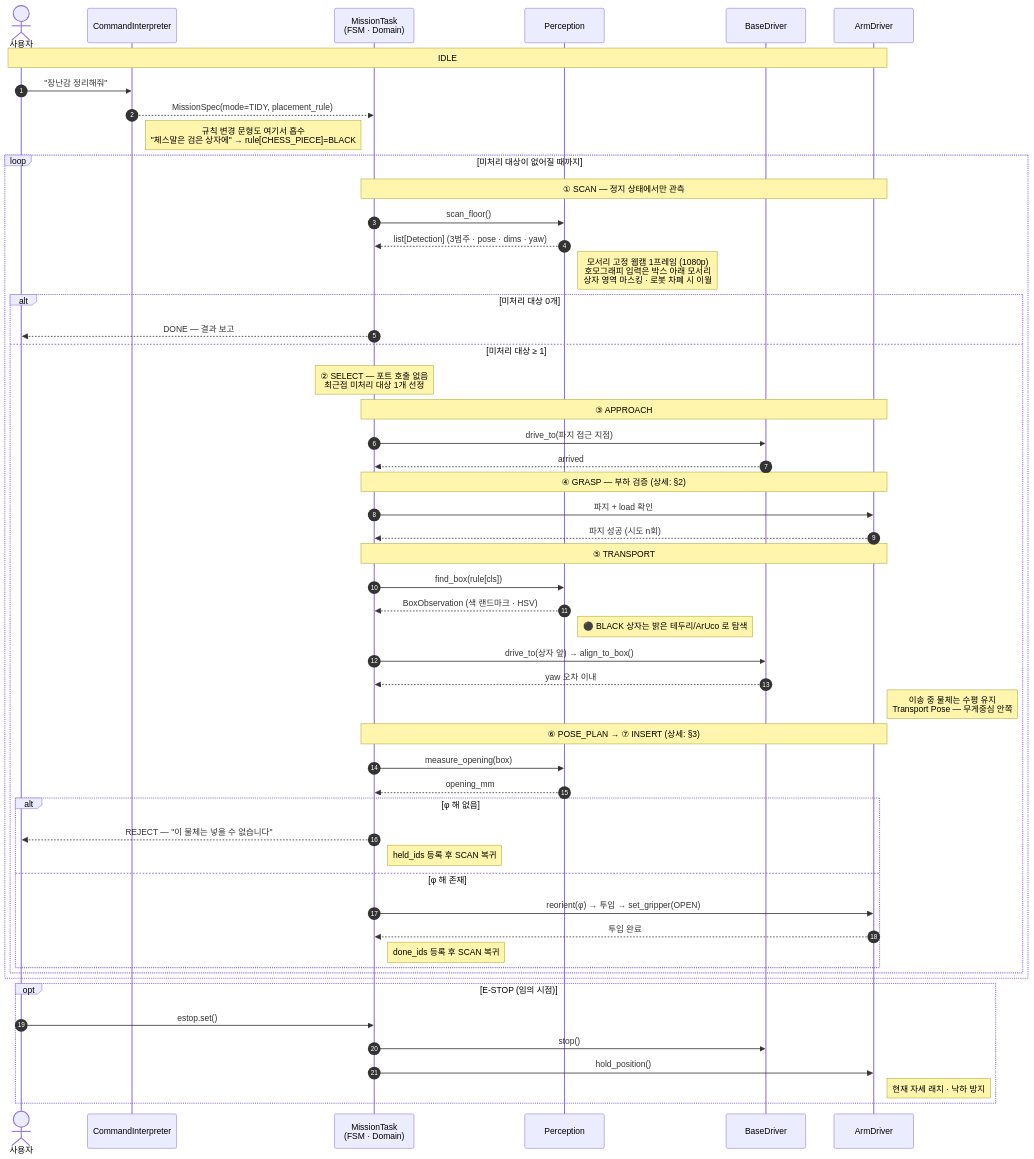
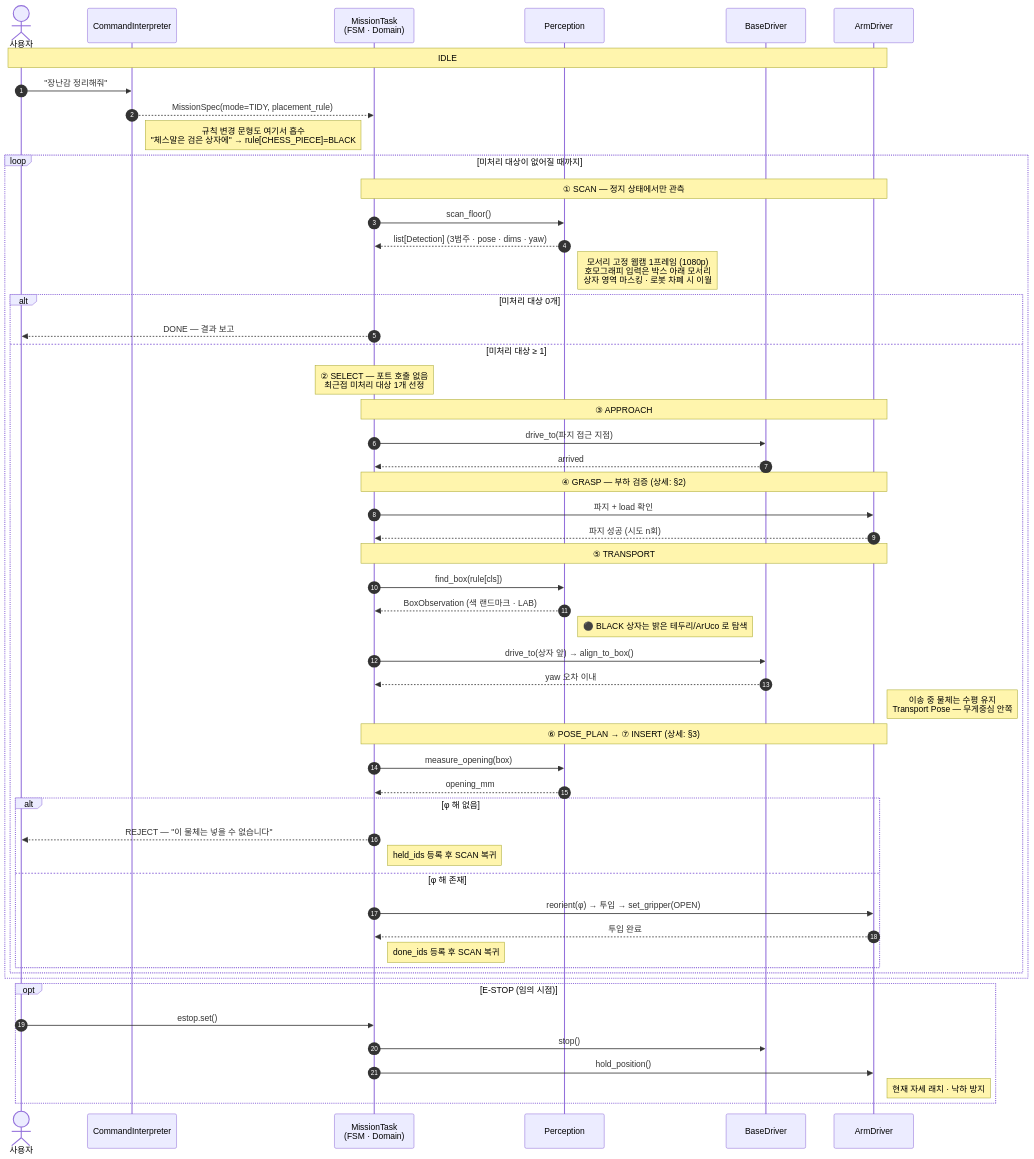
Before and after one commit to grippers-intel/grippers: the first of 5 diagrams in docs/design/sequences.md, drawn with Mermaid. The commit also changed 6 other files, not shown here.

Commit message:
sysy009/docs/switch box color filtering from HSV to LAB

````diff
--- a/docs/design/sequences.md
+++ b/docs/design/sequences.md
@@ -22,63 +22,63 @@
 ```mermaid
 sequenceDiagram
     autonumber
     actor OP as 사용자
     participant I as CommandInterpreter
     participant T as MissionTask<br/>(FSM · Domain)
     participant P as Perception
     participant B as BaseDriver
     participant A as ArmDriver
 
     Note over OP,A: IDLE
     OP->>I: "장난감 정리해줘"
     I-->>T: MissionSpec(mode=TIDY, placement_rule)
     Note right of I: 규칙 변경 문형도 여기서 흡수<br/>"체스말은 검은 상자에" → rule[CHESS_PIECE]=BLACK
 
     loop 미처리 대상이 없어질 때까지
         Note over T,A: ① SCAN — 정지 상태에서만 관측
         T->>P: scan_floor()
         P-->>T: list[Detection] (3범주 · pose · dims · yaw)
         Note right of P: 모서리 고정 웹캠 1프레임 (1080p)<br/>호모그래피 입력은 박스 아래 모서리<br/>상자 영역 마스킹 · 로봇 차폐 시 이월
 
         alt 미처리 대상 0개
             T-->>OP: DONE — 결과 보고
         else 미처리 대상 ≥ 1
             Note over T: ② SELECT — 포트 호출 없음<br/>최근접 미처리 대상 1개 선정
 
             Note over T,A: ③ APPROACH
             T->>B: drive_to(파지 접근 지점)
             B-->>T: arrived
 
             Note over T,A: ④ GRASP — 부하 검증 (상세: §2)
             T->>A: 파지 + load 확인
             A-->>T: 파지 성공 (시도 n회)
 
             Note over T,A: ⑤ TRANSPORT
             T->>P: find_box(rule[cls])
-            P-->>T: BoxObservation (색 랜드마크 · HSV)
+            P-->>T: BoxObservation (색 랜드마크 · LAB)
         Note right of P: ⚫ BLACK 상자는 밝은 테두리/ArUco 로 탐색
             T->>B: drive_to(상자 앞) → align_to_box()
             B-->>T: yaw 오차 이내
             Note right of A: 이송 중 물체는 수평 유지<br/>Transport Pose — 무게중심 안쪽
 
             Note over T,A: ⑥ POSE_PLAN → ⑦ INSERT (상세: §3)
             T->>P: measure_opening(box)
             P-->>T: opening_mm
             alt φ 해 없음
                 T-->>OP: REJECT — "이 물체는 넣을 수 없습니다"
                 Note right of T: held_ids 등록 후 SCAN 복귀
             else φ 해 존재
                 T->>A: reorient(φ) → 투입 → set_gripper(OPEN)
                 A-->>T: 투입 완료
                 Note right of T: done_ids 등록 후 SCAN 복귀
             end
         end
     end
 
     opt E-STOP (임의 시점)
         OP->>T: estop.set()
         T->>B: stop()
         T->>A: hold_position()
         Note right of A: 현재 자세 래치 · 낙하 방지
     end
 ```
````
